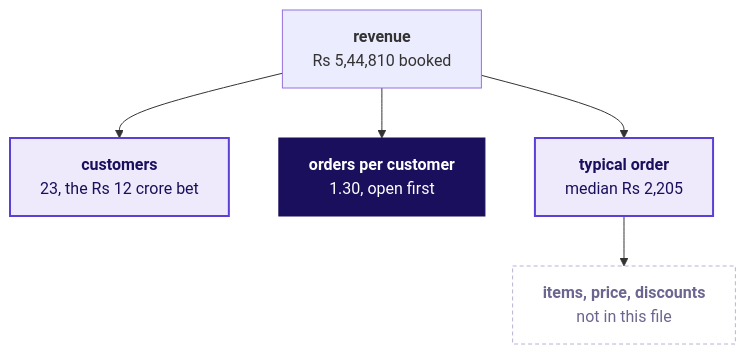
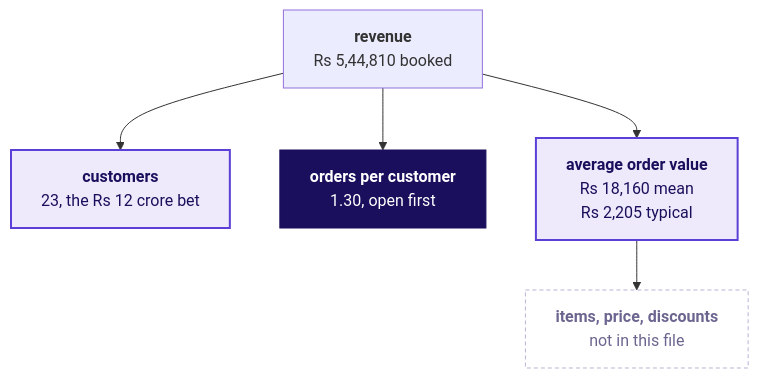
The second of 2 diagrams in content/W01/D1/study-notes/C2_W01_D01_notes_STUDENT.md (fde-academy-lab/c2-content-factory), drawn with Mermaid before and after one commit. The commit also changed other lines of this file and 22 other files, not shown here.

````diff
--- a/content/W01/D1/study-notes/C2_W01_D01_notes_STUDENT.md
+++ b/content/W01/D1/study-notes/C2_W01_D01_notes_STUDENT.md
@@ -66,13 +51,13 @@
 ```mermaid
 flowchart TB
     R["<b>revenue</b><br/>Rs 5,44,810 booked"] --> C["<b>customers</b><br/>23, the Rs 12 crore bet"]
     R --> F["<b>orders per customer</b><br/>1.30, open first"]
-    R --> A["<b>typical order</b><br/>median Rs 2,205"]
+    R --> A["<b>average order value</b><br/>Rs 18,160 mean<br/>Rs 2,205 typical"]
     A --> I["<b>items, price, discounts</b><br/>not in this file"]
     classDef known fill:#EEEAFB,stroke:#5B3FD6,color:#1A0F5C,stroke-width:2px
     classDef unknown fill:#FFFFFF,stroke:#B8B2D6,color:#6B6690,stroke-dasharray:4 3
     classDef bet fill:#1A0F5C,stroke:#1A0F5C,color:#FFFFFF
     class C,A known
     class I unknown
     class F bet
 ```
````
